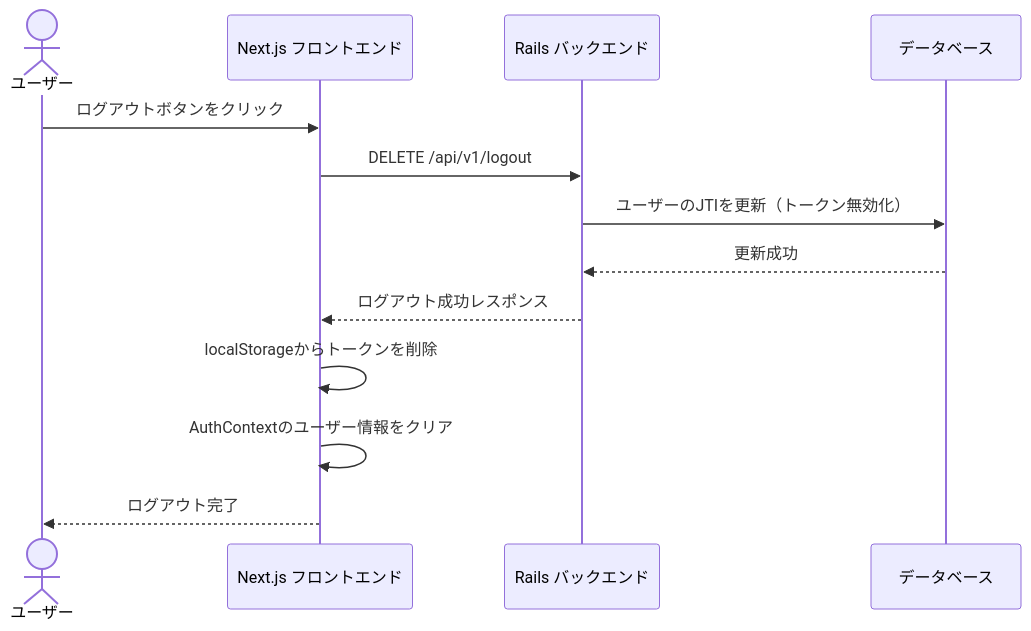
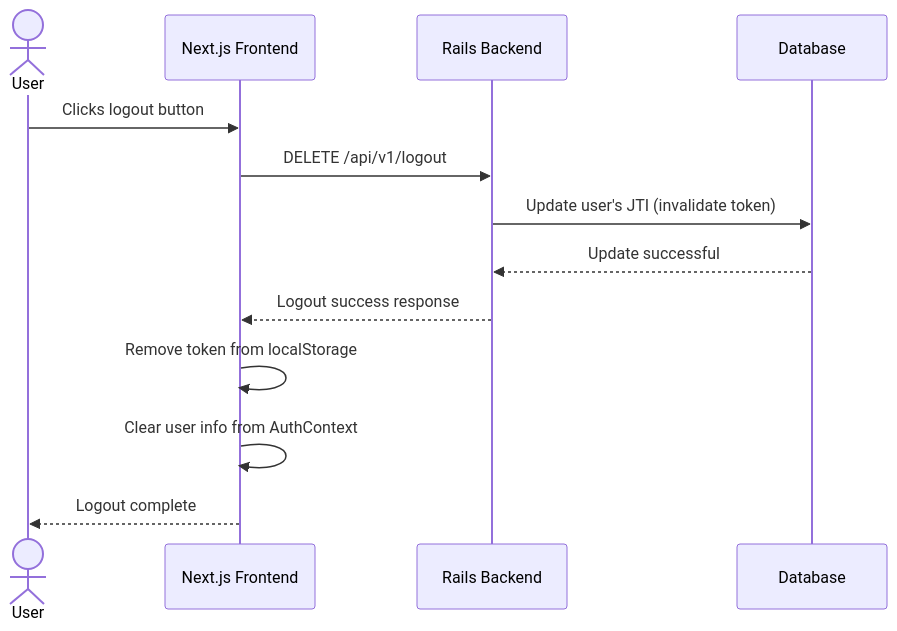
One commit to tomooshima0828/portfolio-next-rails-ecsite changed the third of 4 diagrams in docs/references/002_authentication_flow.md. Above: the diagram before and after it, drawn with Mermaid. The commit also changed other lines of this file, not shown here.

Commit message:
fix: Update login authenticate flow document

````diff
--- a/docs/references/002_authentication_flow.md
+++ b/docs/references/002_authentication_flow.md
@@ -56,16 +58,16 @@
 ```mermaid
 sequenceDiagram
-    actor ユーザー
-    participant フロントエンド as Next.js フロントエンド
-    participant バックエンド as Rails バックエンド
-    participant DB as データベース
-    
-    ユーザー->>フロントエンド: ログアウトボタンをクリック
-    フロントエンド->>バックエンド: DELETE /api/v1/logout
-    バックエンド->>DB: ユーザーのJTIを更新（トークン無効化）
-    DB-->>バックエンド: 更新成功
-    バックエンド-->>フロントエンド: ログアウト成功レスポンス
-    フロントエンド->>フロントエンド: localStorageからトークンを削除
-    フロントエンド->>フロントエンド: AuthContextのユーザー情報をクリア
-    フロントエンド-->>ユーザー: ログアウト完了
+    actor User
+    participant Frontend as Next.js Frontend
+    participant Backend as Rails Backend
+    participant DB as Database
+
+    User->>Frontend: Clicks logout button
+    Frontend->>Backend: DELETE /api/v1/logout
+    Backend->>DB: Update user's JTI (invalidate token)
+    DB-->>Backend: Update successful
+    Backend-->>Frontend: Logout success response
+    Frontend->>Frontend: Remove token from localStorage
+    Frontend->>Frontend: Clear user info from AuthContext
+    Frontend-->>User: Logout complete
 ```
````
